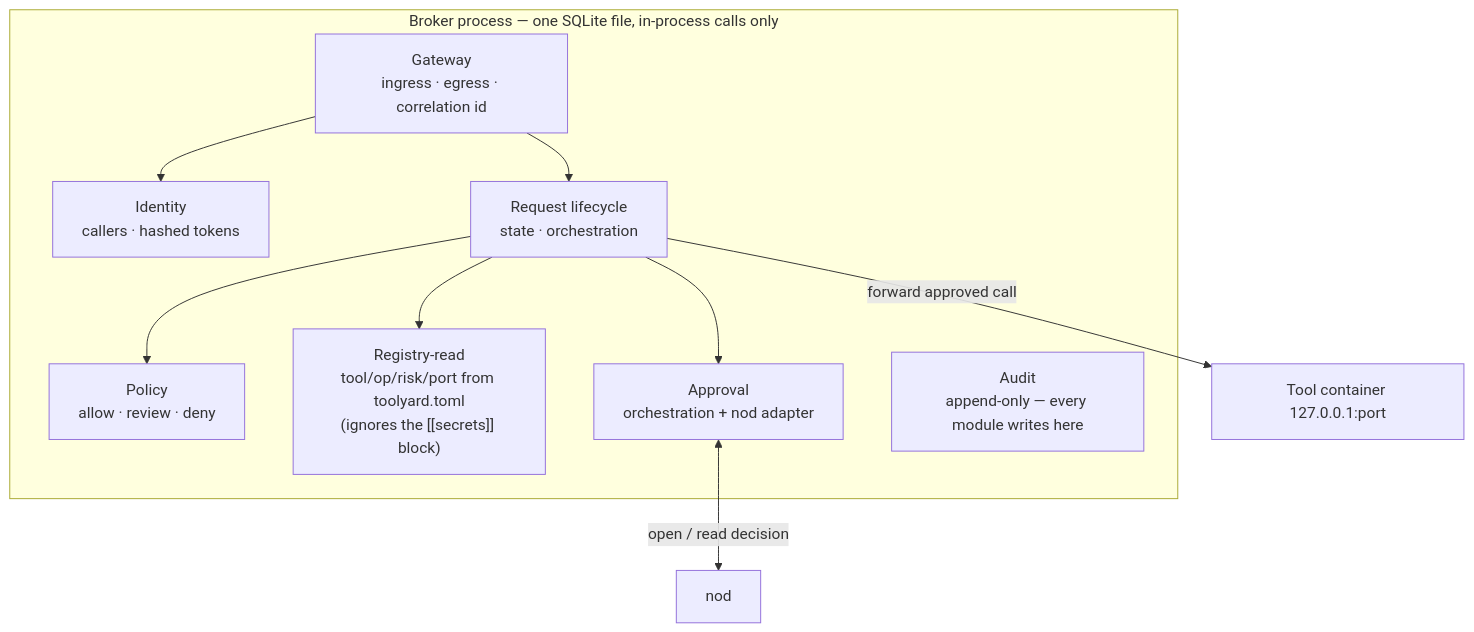
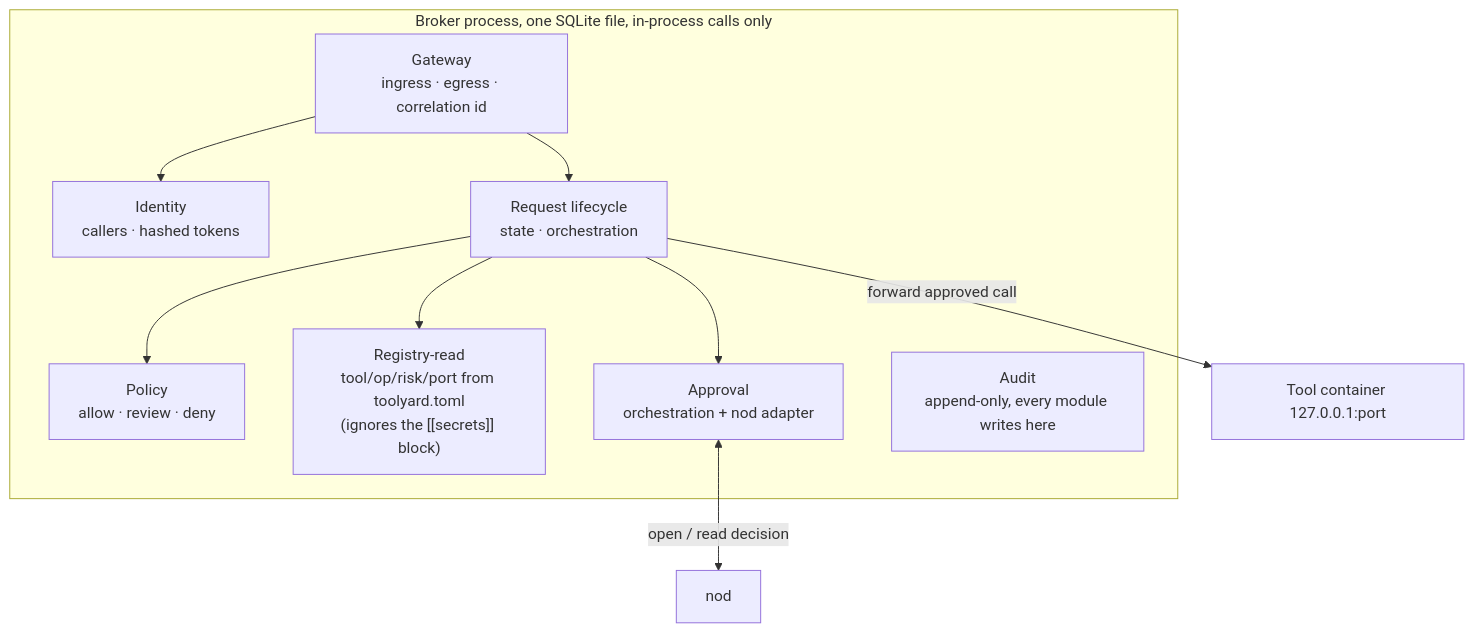
Before and after one commit to batteryshark/Toolstack: the second of 2 diagrams in docs/component-decomposition.md, drawn with Mermaid. The commit also changed other lines of this file and 107 other files, not shown here.

````diff
--- a/docs/component-decomposition.md
+++ b/docs/component-decomposition.md
@@ -53,19 +53,19 @@
 ```mermaid
 flowchart TB
-    subgraph Broker["Broker process — one SQLite file, in-process calls only"]
+    subgraph Broker["Broker process, one SQLite file, in-process calls only"]
         Gateway["Gateway<br/>ingress · egress · correlation id"]
         Identity["Identity<br/>callers · hashed tokens"]
         Lifecycle["Request lifecycle<br/>state · orchestration"]
         Policy["Policy<br/>allow · review · deny"]
         Registry["Registry-read<br/>tool/op/risk/port from toolyard.toml<br/>(ignores the [[secrets]] block)"]
         Approval["Approval<br/>orchestration + nod adapter"]
-        Audit["Audit<br/>append-only — every module writes here"]
+        Audit["Audit<br/>append-only, every module writes here"]
         Gateway --> Identity
         Gateway --> Lifecycle
         Lifecycle --> Policy
         Lifecycle --> Registry
         Lifecycle --> Approval
     end
     Lifecycle -->|forward approved call| Tool["Tool container 127.0.0.1:port"]
     Approval <-->|open / read decision| NodSurface["nod"]
 ```
````
